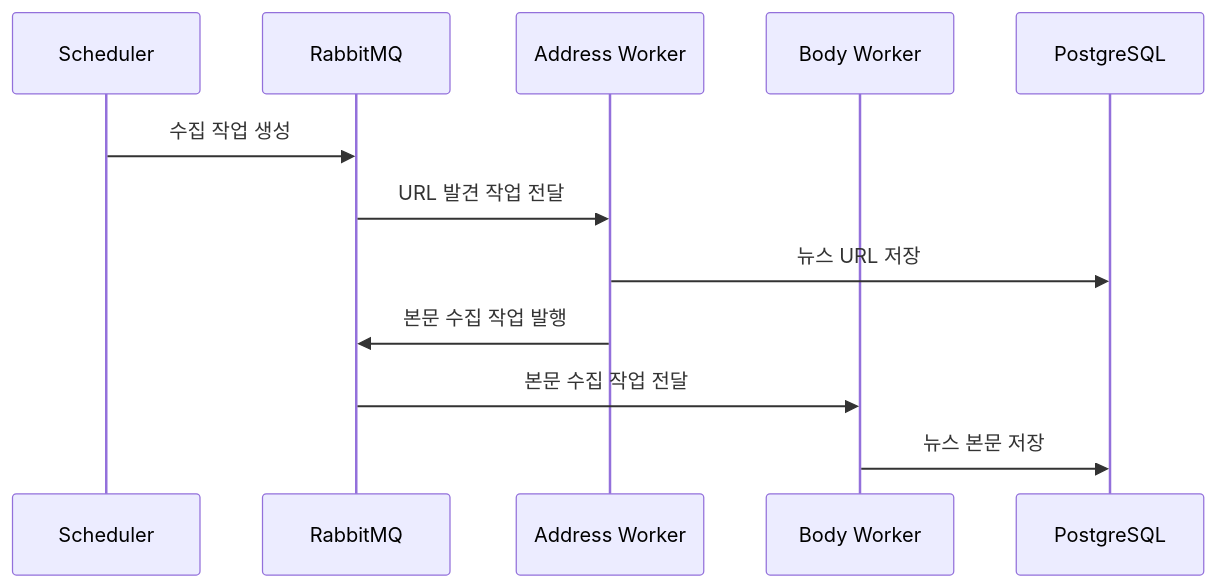
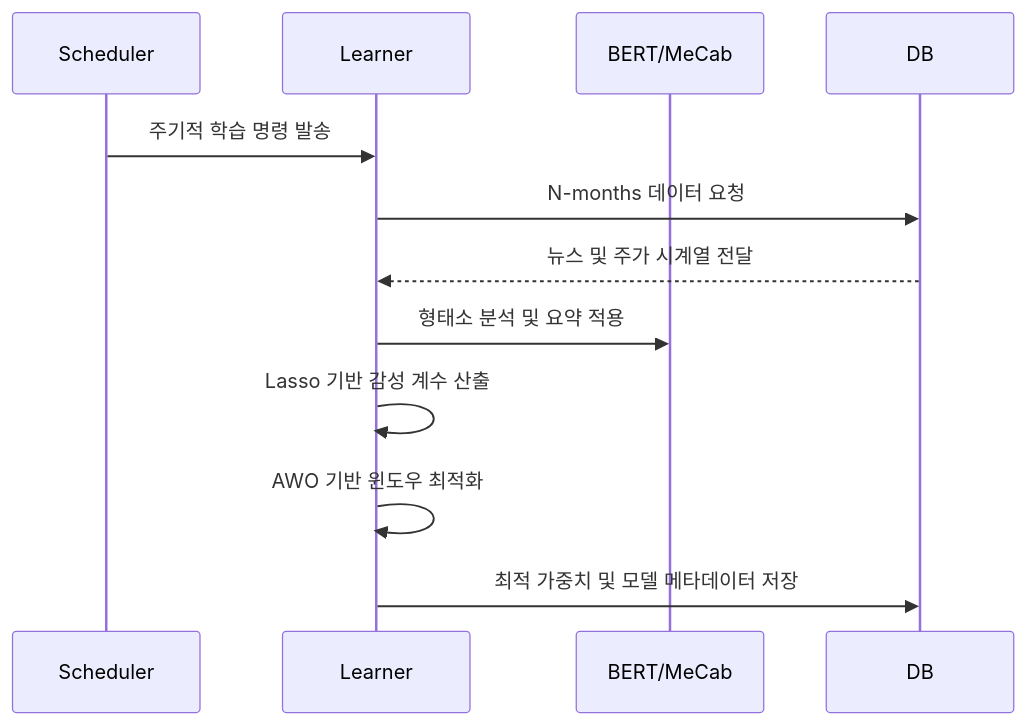
One commit to silverwoods-dev/N-SentiTrader changed the second of 2 diagrams in README.md. Above: the diagram before and after it, drawn with Mermaid. The commit also changed other lines of this file, not shown here.

````diff
--- a/README.md
+++ b/README.md
@@ -186,15 +140,15 @@
 ```mermaid
 sequenceDiagram
     participant S as Scheduler
-    participant Q as RabbitMQ
-    participant W as Address Worker
-    participant B as Body Worker
-    participant DB as PostgreSQL
+    participant L as Learner
+    participant NLP as BERT/MeCab
+    participant DB as DB
     
-    S->>Q: 수집 작업 생성
-    Q->>W: URL 발견 작업 전달
-    W->>DB: 뉴스 URL 저장
-    W->>Q: 본문 수집 작업 발행
-    Q->>B: 본문 수집 작업 전달
-    B->>DB: 뉴스 본문 저장
+    S->>L: 주기적 학습 명령 발송
+    L->>DB: N-months 데이터 요청
+    DB-->>L: 뉴스 및 주가 시계열 전달
+    L->>NLP: 형태소 분석 및 요약 적용
+    L->>L: Lasso 기반 감성 계수 산출
+    L->>L: AWO 기반 윈도우 최적화
+    L->>DB: 최적 가중치 및 모델 메타데이터 저장
 ```
````
